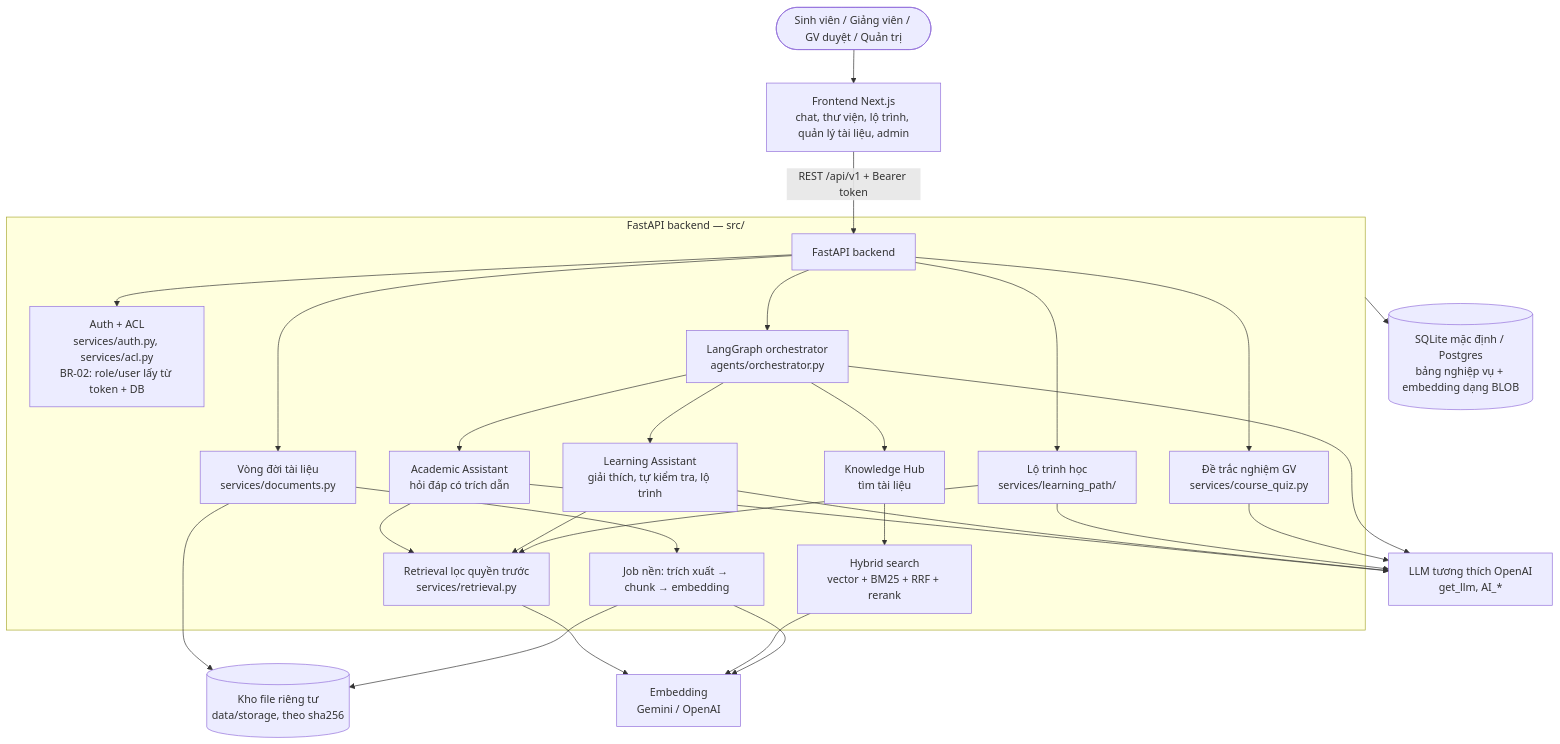
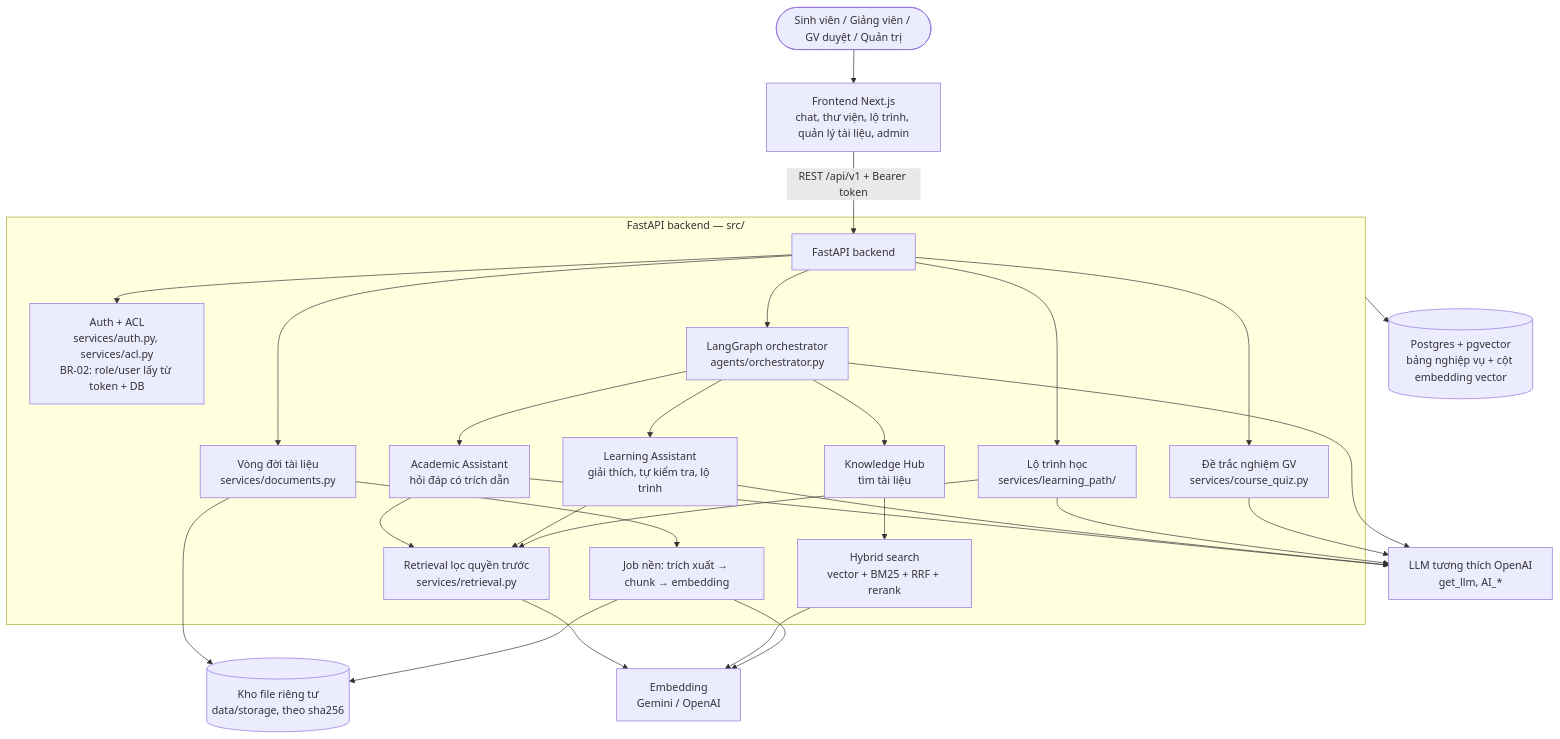
The first of 5 diagrams in docs/architecture_diagram.md (MinhNhatUet/7grass10wwind), drawn with Mermaid before and after one commit. The commit also changed other lines of this file and 8 other files, not shown here.

First line of the commit message:
feat: Postgres + pgvector cho DB và tìm kiếm (D-84)

````diff
--- a/docs/architecture_diagram.md
+++ b/docs/architecture_diagram.md
@@ -7,25 +7,25 @@
 ```mermaid
 graph TB
     User([Sinh viên / Giảng viên / GV duyệt / Quản trị])
     User --> FE[Frontend Next.js<br/>chat, thư viện, lộ trình, quản lý tài liệu, admin]
     FE -->|REST /api/v1 + Bearer token| API[FastAPI backend]
 
     subgraph Backend[FastAPI backend — src/]
         API --> AUTH[Auth + ACL<br/>services/auth.py, services/acl.py<br/>BR-02: role/user lấy từ token + DB]
         API --> ORCH[LangGraph orchestrator<br/>agents/orchestrator.py]
         API --> DOCS[Vòng đời tài liệu<br/>services/documents.py]
         API --> LP[Lộ trình học<br/>services/learning_path/]
         API --> QUIZ[Đề trắc nghiệm GV<br/>services/course_quiz.py]
         ORCH --> AA[Academic Assistant<br/>hỏi đáp có trích dẫn]
         ORCH --> LA[Learning Assistant<br/>giải thích, tự kiểm tra, lộ trình]
         ORCH --> HUB[Knowledge Hub<br/>tìm tài liệu]
         AA & LA & LP --> RET[Retrieval lọc quyền trước<br/>services/retrieval.py]
         HUB --> HRET[Hybrid search<br/>vector + BM25 + RRF + rerank]
         DOCS --> JOBS[Job nền: trích xuất → chunk → embedding]
     end
 
     AA & LA & LP & QUIZ & ORCH --> LLM[LLM tương thích OpenAI<br/>get_llm, AI_*]
     RET & HRET & JOBS --> EMB[Embedding<br/>Gemini / OpenAI]
-    Backend --> DB[(SQLite mặc định / Postgres<br/>bảng nghiệp vụ + embedding dạng BLOB)]
+    Backend --> DB[(Postgres + pgvector<br/>bảng nghiệp vụ + cột embedding vector)]
     DOCS & JOBS --> FS[(Kho file riêng tư<br/>data/storage, theo sha256)]
 ```
````
